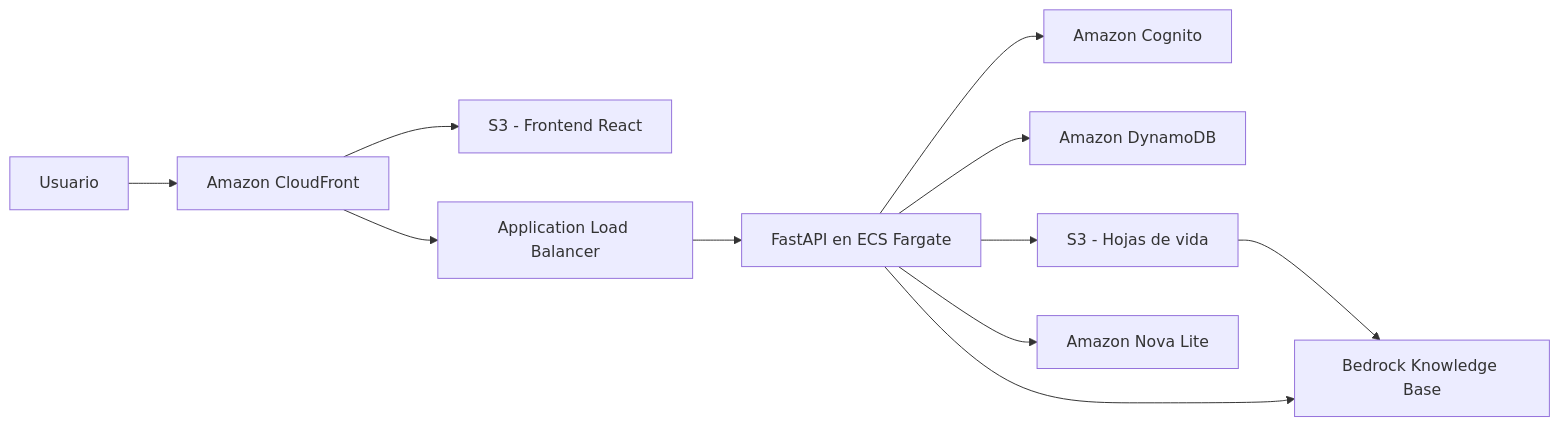
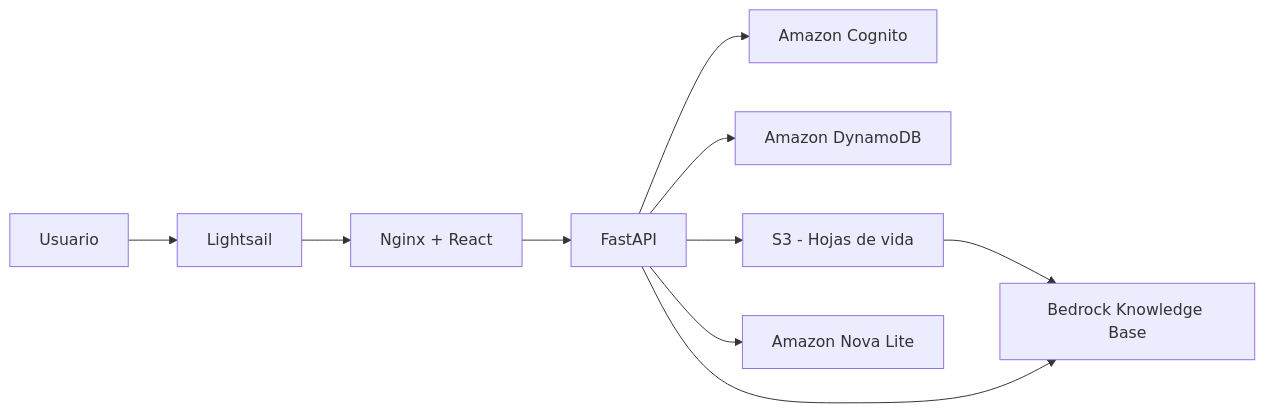
Before and after one commit to donardi-1997/ai-recruiter: the diagram in README.md, drawn with Mermaid. The commit also changed other lines of this file and 4 other files, not shown here.

````diff
--- a/README.md
+++ b/README.md
@@ -52,13 +52,12 @@
 ```mermaid
 flowchart LR
-    U[Usuario] --> CF[Amazon CloudFront]
-    CF --> S3F[S3 - Frontend React]
-    CF --> ALB[Application Load Balancer]
-    ALB --> ECS[FastAPI en ECS Fargate]
-    ECS --> COG[Amazon Cognito]
-    ECS --> DDB[Amazon DynamoDB]
-    ECS --> S3CV[S3 - Hojas de vida]
+    U[Usuario] --> LS[Lightsail]
+    LS --> NGINX[Nginx + React]
+    NGINX --> API[FastAPI]
+    API --> COG[Amazon Cognito]
+    API --> DDB[Amazon DynamoDB]
+    API --> S3CV[S3 - Hojas de vida]
     S3CV --> KB[Bedrock Knowledge Base]
-    ECS --> KB
-    ECS --> LLM[Amazon Nova Lite]
+    API --> KB
+    API --> LLM[Amazon Nova Lite]
 ```
````
